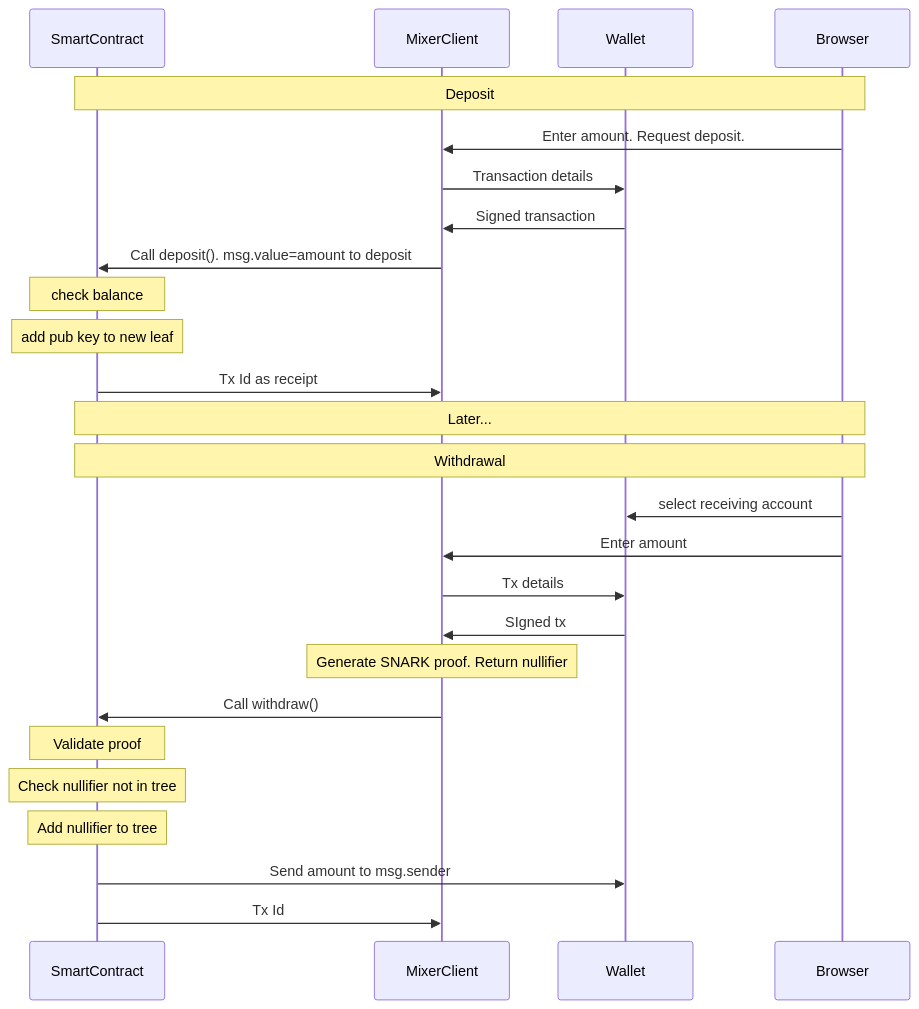
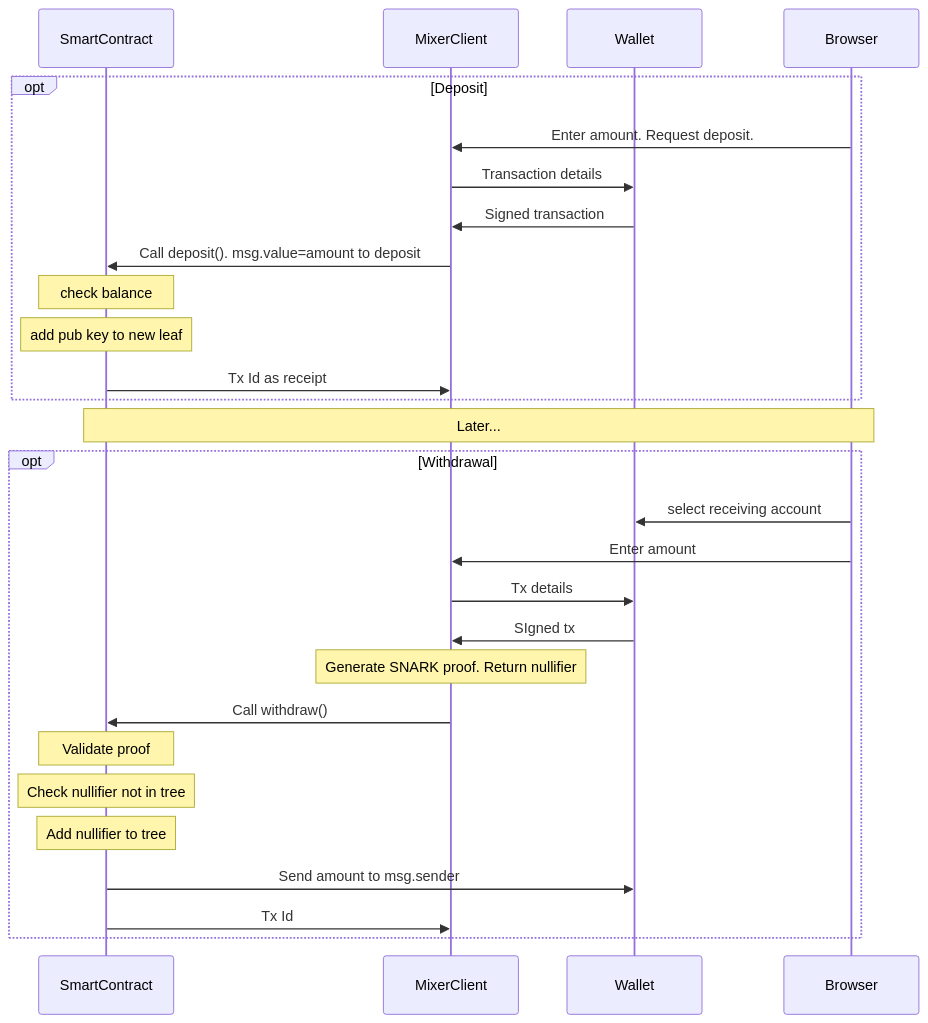
One commit to DalaiLlaama/mixer changed the diagram in mixer.mmd. Above: the diagram before and after it, drawn with Mermaid.

Commit message:
better format

```diff
--- a/mixer.mmd
+++ b/mixer.mmd
@@ -1,26 +1,28 @@
 sequenceDiagram
 participant sc as SmartContract
 participant c as MixerClient
 participant w as Wallet
 participant b as Browser    
-    Note over sc,b: Deposit
+opt Deposit
     b->>c: Enter amount. Request deposit.
     c->>w: Transaction details
     w->>c: Signed transaction
     c->>sc: Call deposit(). msg.value=amount to deposit
     note over sc: check balance
     note over sc: add pub key to new leaf
     sc->>c: Tx Id as receipt
+end
 Note over sc,b: Later...
-Note over sc,b: Withdrawal
+opt Withdrawal
     b->>w: select receiving account
     b->>c: Enter amount
     c->>w: Tx details
     w->>c: SIgned tx
     note over c: Generate SNARK proof. Return nullifier
     c->>sc: Call withdraw()
     note over sc: Validate proof
     note over sc: Check nullifier not in tree
     note over sc: Add nullifier to tree
     sc->>w: Send amount to msg.sender
     sc->>c: Tx Id
+end
```
